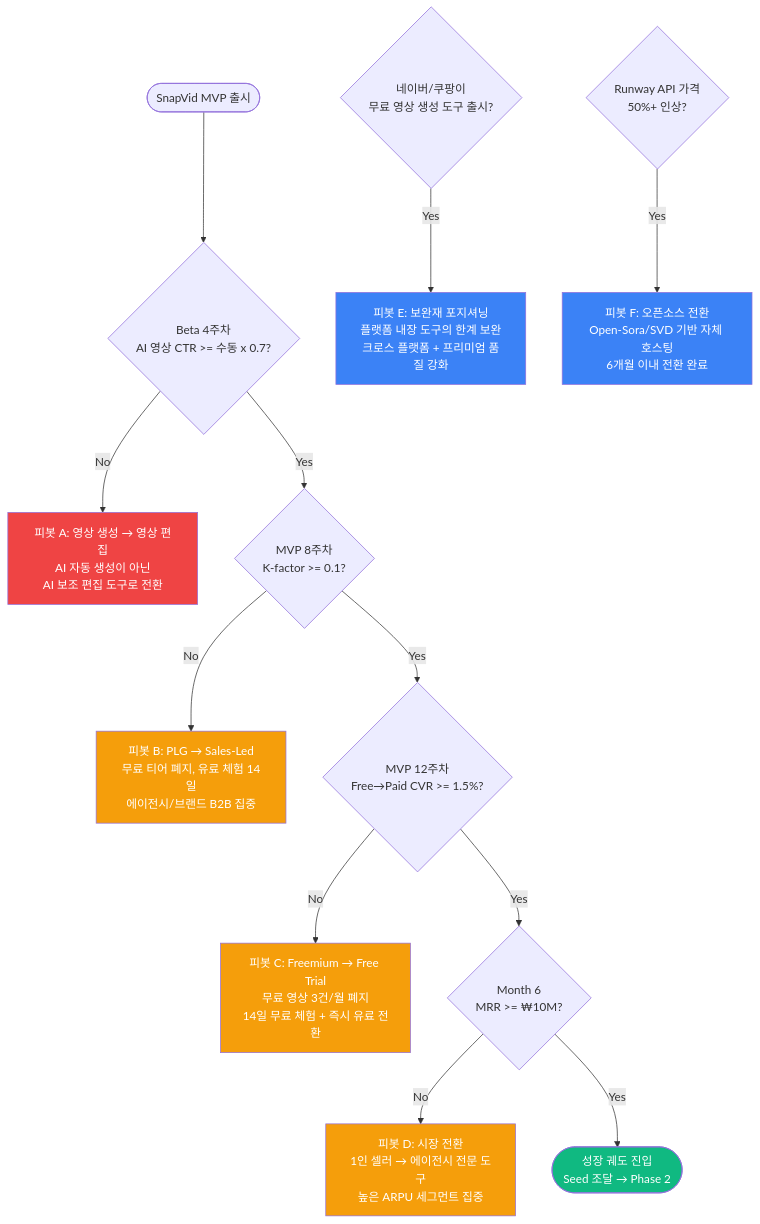
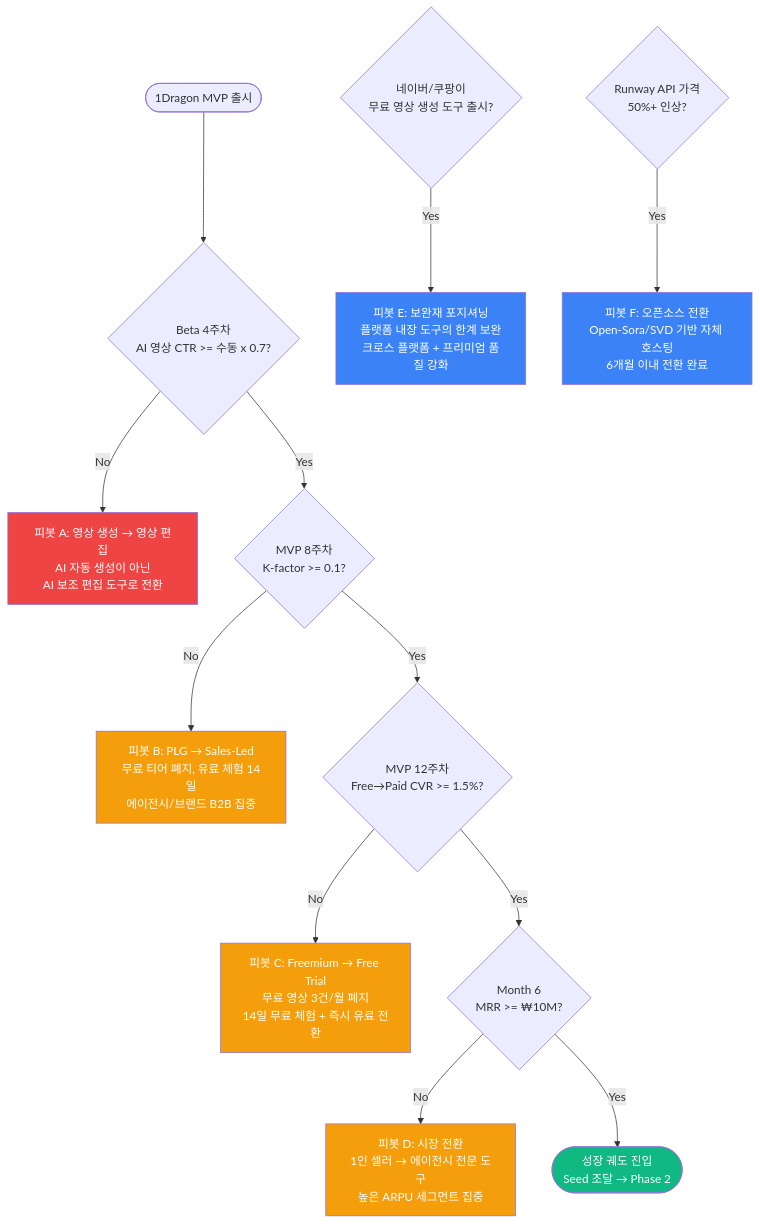
Before and after one commit to inchan/1dragon: the diagram in docs/04-simulation/dialectic-analysis/03-synthesis.md, drawn with Mermaid. The commit also changed other lines of this file and 182 other files, not shown here.

````diff
--- a/docs/04-simulation/dialectic-analysis/03-synthesis.md
+++ b/docs/04-simulation/dialectic-analysis/03-synthesis.md
@@ -74,36 +74,36 @@
 ```mermaid
 flowchart TD
-    START([SnapVid MVP 출시]) --> CHECK1{Beta 4주차<br/>AI 영상 CTR >= 수동 x 0.7?}
+    START([1Dragon MVP 출시]) --> CHECK1{Beta 4주차<br/>AI 영상 CTR >= 수동 x 0.7?}
 
     CHECK1 -- No --> PIVOT1["피봇 A: 영상 생성 → 영상 편집<br/>AI 자동 생성이 아닌<br/>AI 보조 편집 도구로 전환"]
 
     CHECK1 -- Yes --> CHECK2{MVP 8주차<br/>K-factor >= 0.1?}
 
     CHECK2 -- No --> PIVOT2["피봇 B: PLG → Sales-Led<br/>무료 티어 폐지, 유료 체험 14일<br/>에이전시/브랜드 B2B 집중"]
 
     CHECK2 -- Yes --> CHECK3{MVP 12주차<br/>Free→Paid CVR >= 1.5%?}
 
     CHECK3 -- No --> PIVOT3["피봇 C: Freemium → Free Trial<br/>무료 영상 3건/월 폐지<br/>14일 무료 체험 + 즉시 유료 전환"]
 
     CHECK3 -- Yes --> CHECK4{Month 6<br/>MRR >= ₩10M?}
 
     CHECK4 -- No --> PIVOT4["피봇 D: 시장 전환<br/>1인 셀러 → 에이전시 전문 도구<br/>높은 ARPU 세그먼트 집중"]
 
     CHECK4 -- Yes --> GROW([성장 궤도 진입<br/>Seed 조달 → Phase 2])
 
     CHECK_NAVER{네이버/쿠팡이<br/>무료 영상 생성 도구 출시?}
 
     CHECK_NAVER -- Yes --> PIVOT5["피봇 E: 보완재 포지셔닝<br/>플랫폼 내장 도구의 한계 보완<br/>크로스 플랫폼 + 프리미엄 품질 강화"]
 
     CHECK_API{Runway API 가격<br/>50%+ 인상?}
 
     CHECK_API -- Yes --> PIVOT6["피봇 F: 오픈소스 전환<br/>Open-Sora/SVD 기반 자체 호스팅<br/>6개월 이내 전환 완료"]
 
     style PIVOT1 fill:#ef4444,color:#fff
     style PIVOT2 fill:#f59e0b,color:#fff
     style PIVOT3 fill:#f59e0b,color:#fff
     style PIVOT4 fill:#f59e0b,color:#fff
     style PIVOT5 fill:#3b82f6,color:#fff
     style PIVOT6 fill:#3b82f6,color:#fff
     style GROW fill:#10b981,color:#fff
 ```
````
